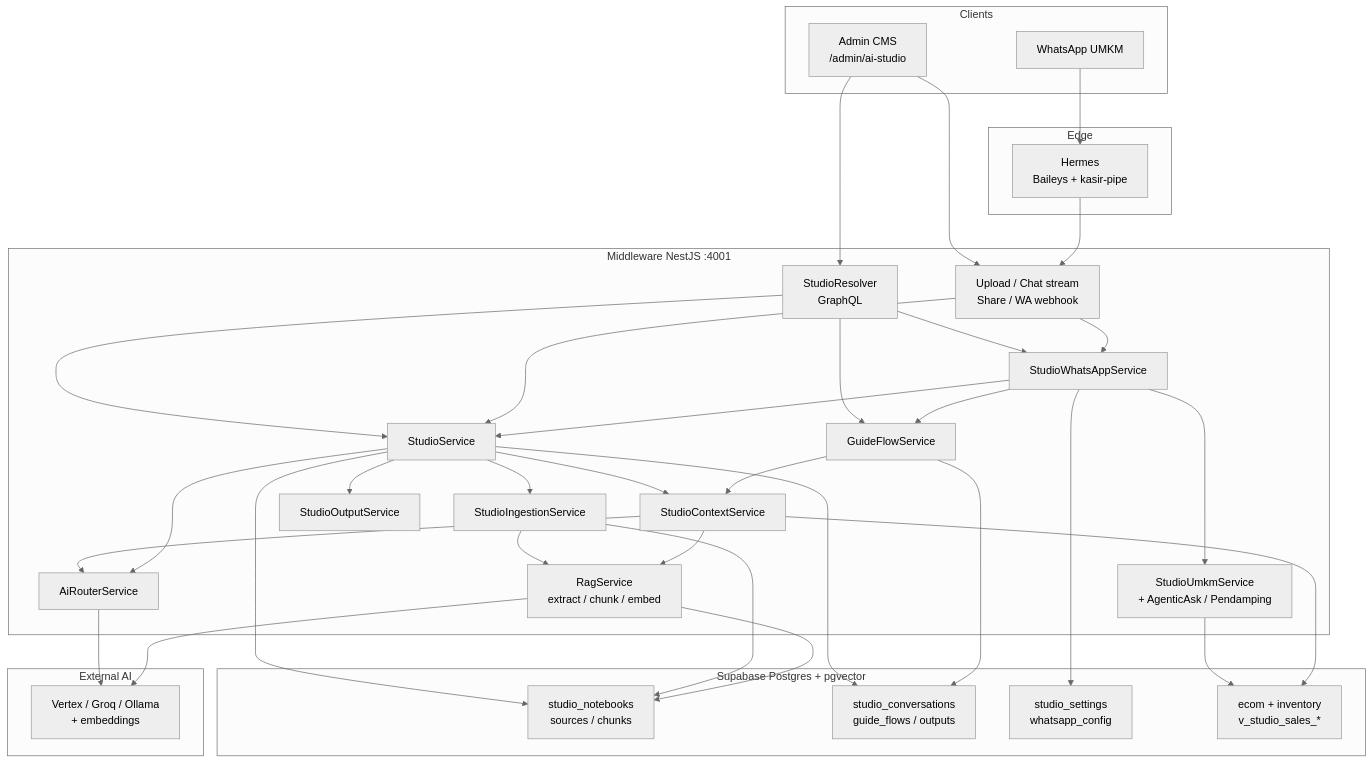
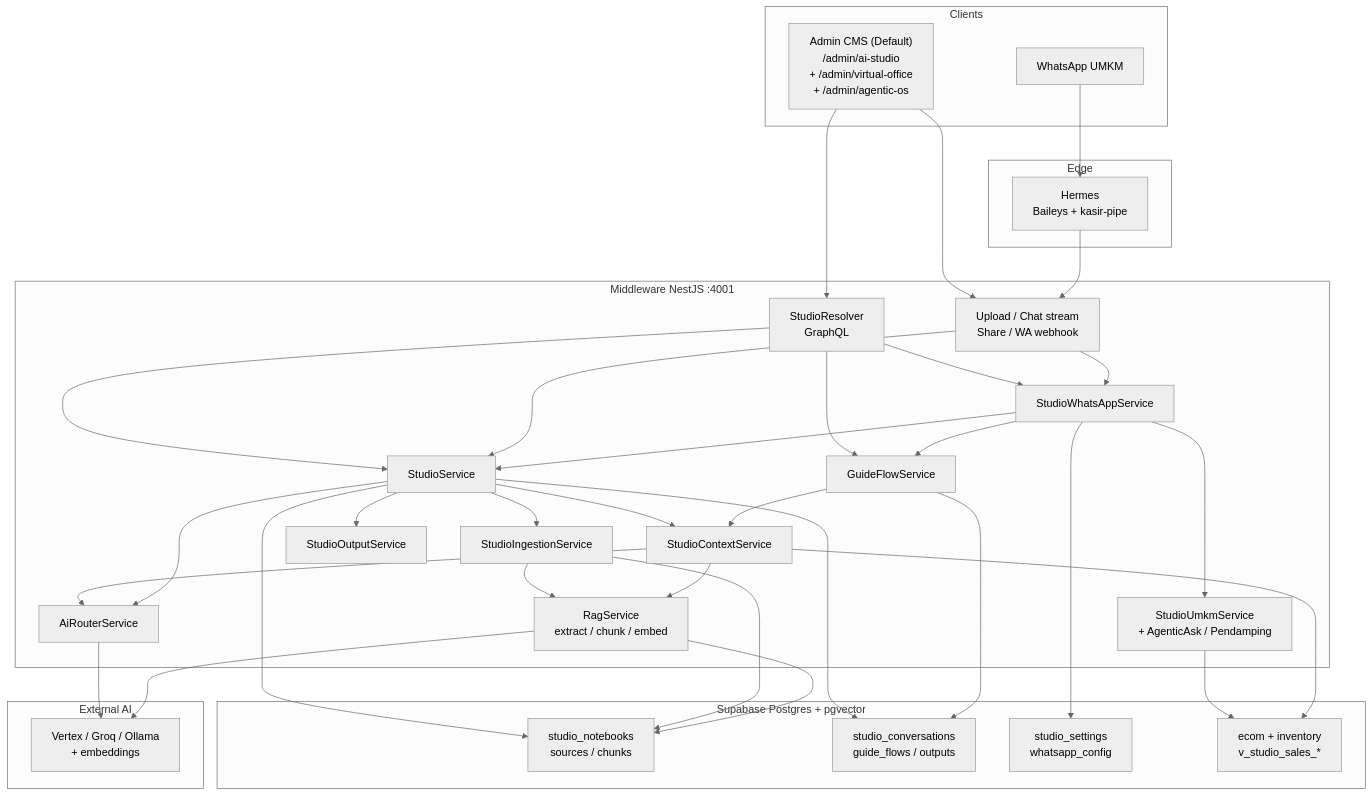
The diagram in diagrams/ai-studio-architecture.mmd (nusantarasoft/juragan-aibuilder-cup), drawn with Mermaid (neutral theme) before and after one commit. The commit also changed 480 other files, not shown here.

Commit message:
feat: add Command Deck agentic OS view and AI Studio integration components

```diff
--- a/diagrams/ai-studio-architecture.mmd
+++ b/diagrams/ai-studio-architecture.mmd
@@ -1,68 +1,68 @@
 flowchart TB
   subgraph Clients
-    Admin["Admin CMS\n/admin/ai-studio"]
+    Admin["Admin CMS (Default)\n/admin/ai-studio\n+ /admin/virtual-office\n+ /admin/agentic-os"]
     WA["WhatsApp UMKM"]
   end
 
   subgraph Edge
     Hermes["Hermes\nBaileys + kasir-pipe"]
   end
 
   subgraph Middleware["Middleware NestJS :4001"]
     GQL["StudioResolver\nGraphQL"]
     REST["Upload / Chat stream\nShare / WA webhook"]
     Studio["StudioService"]
     Ingest["StudioIngestionService"]
     Ctx["StudioContextService"]
     Guide["GuideFlowService"]
     Out["StudioOutputService"]
     WASvc["StudioWhatsAppService"]
     Umkm["StudioUmkmService\n+ AgenticAsk / Pendamping"]
     AI["AiRouterService"]
     RAG["RagService\nextract / chunk / embed"]
   end
 
   subgraph Data["Supabase Postgres + pgvector"]
     NB["studio_notebooks\nsources / chunks"]
     Conv["studio_conversations\nguide_flows / outputs"]
     Cfg["studio_settings\nwhatsapp_config"]
     Sales["ecom + inventory\nv_studio_sales_*"]
   end
 
   subgraph Ext["External AI"]
     LLM["Vertex / Groq / Ollama\n+ embeddings"]
   end
 
   Admin --> GQL
   Admin --> REST
   WA --> Hermes --> REST
 
   GQL --> Studio
   GQL --> Guide
   GQL --> WASvc
   REST --> Studio
   REST --> WASvc
 
   Studio --> Ctx
   Studio --> Ingest
   Studio --> Out
   Guide --> Ctx
   WASvc --> Umkm
   WASvc --> Guide
   WASvc --> Studio
 
   Ingest --> RAG
   Ctx --> RAG
   Ctx --> AI
   Studio --> AI
   Umkm --> Sales
   Ctx --> Sales
 
   Studio --> NB
   Studio --> Conv
   Ingest --> NB
   Guide --> Conv
   WASvc --> Cfg
   AI --> LLM
   RAG --> LLM
   RAG --> NB
```
